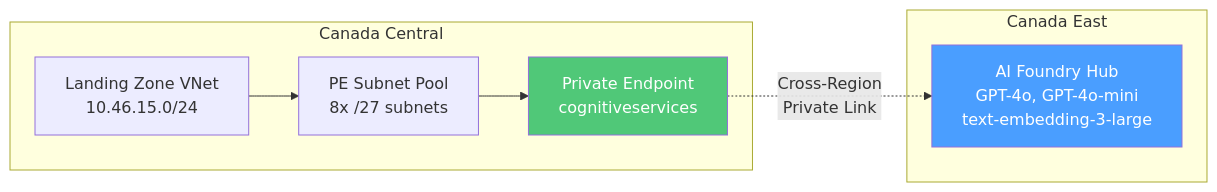
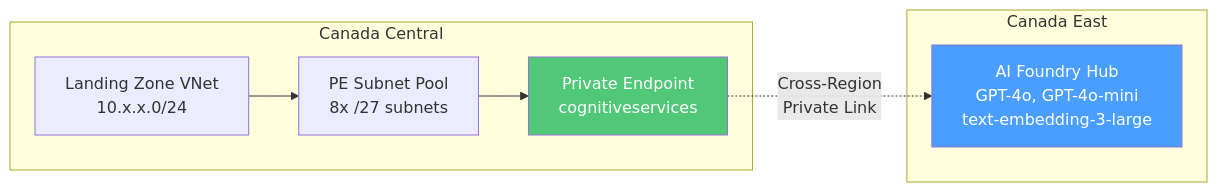
One commit to bcgov/ai-hub-tracking changed the second of 11 diagrams in infra-ai-hub/README.md. Above: the diagram before and after it, drawn with Mermaid. The commit also changed other lines of this file and 42 other files, not shown here.

````diff
--- a/infra-ai-hub/README.md
+++ b/infra-ai-hub/README.md
@@ -93,19 +93,19 @@
 ```mermaid
 flowchart LR
     subgraph "Canada Central"
-        VNET[Landing Zone VNet<br/>10.46.15.0/24]
+        VNET[Landing Zone VNet<br/>10.x.x.0/24]
         PE_SUB[PE Subnet Pool<br/>8x /27 subnets]
         PE[Private Endpoint<br/>cognitiveservices]
     end
     
     subgraph "Canada East"
         AI_HUB[AI Foundry Hub<br/>GPT-4o, GPT-4o-mini<br/>text-embedding-3-large]
     end
     
     VNET --> PE_SUB
     PE_SUB --> PE
     PE -.->|Cross-Region<br/>Private Link| AI_HUB
     
     style AI_HUB fill:#4a9eff,color:#fff
     style PE fill:#50c878,color:#fff
 ```
````
